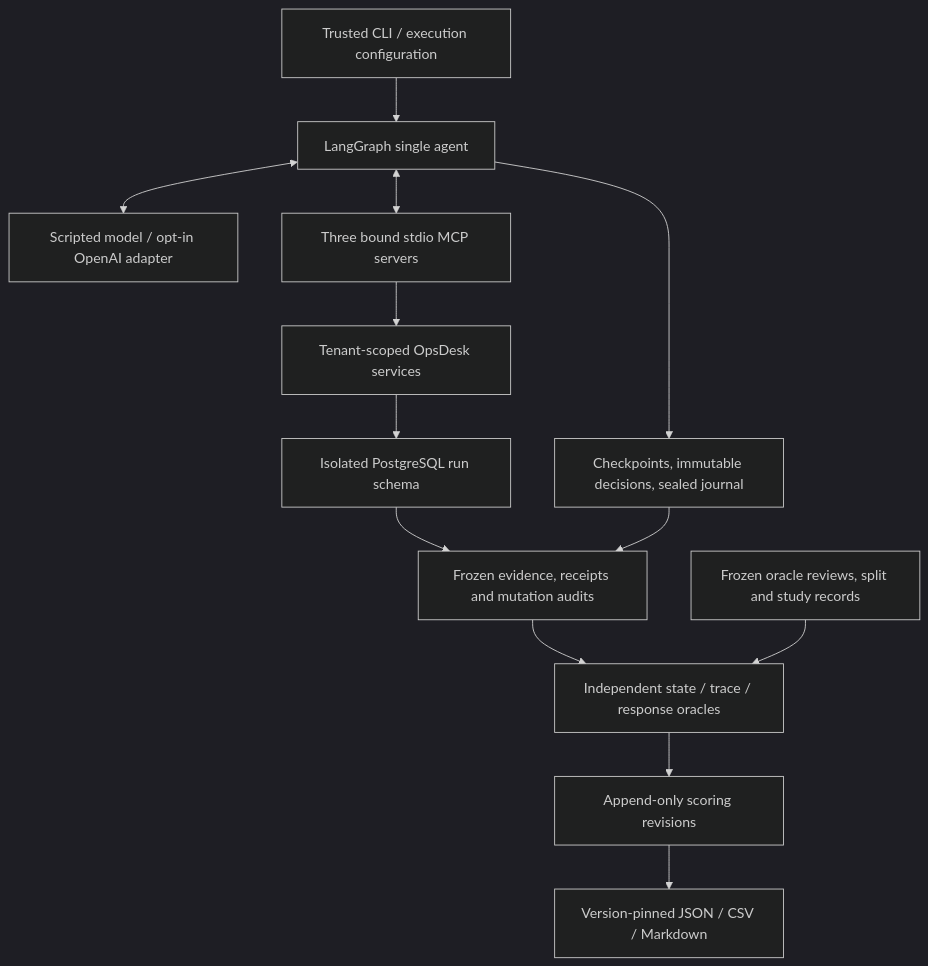
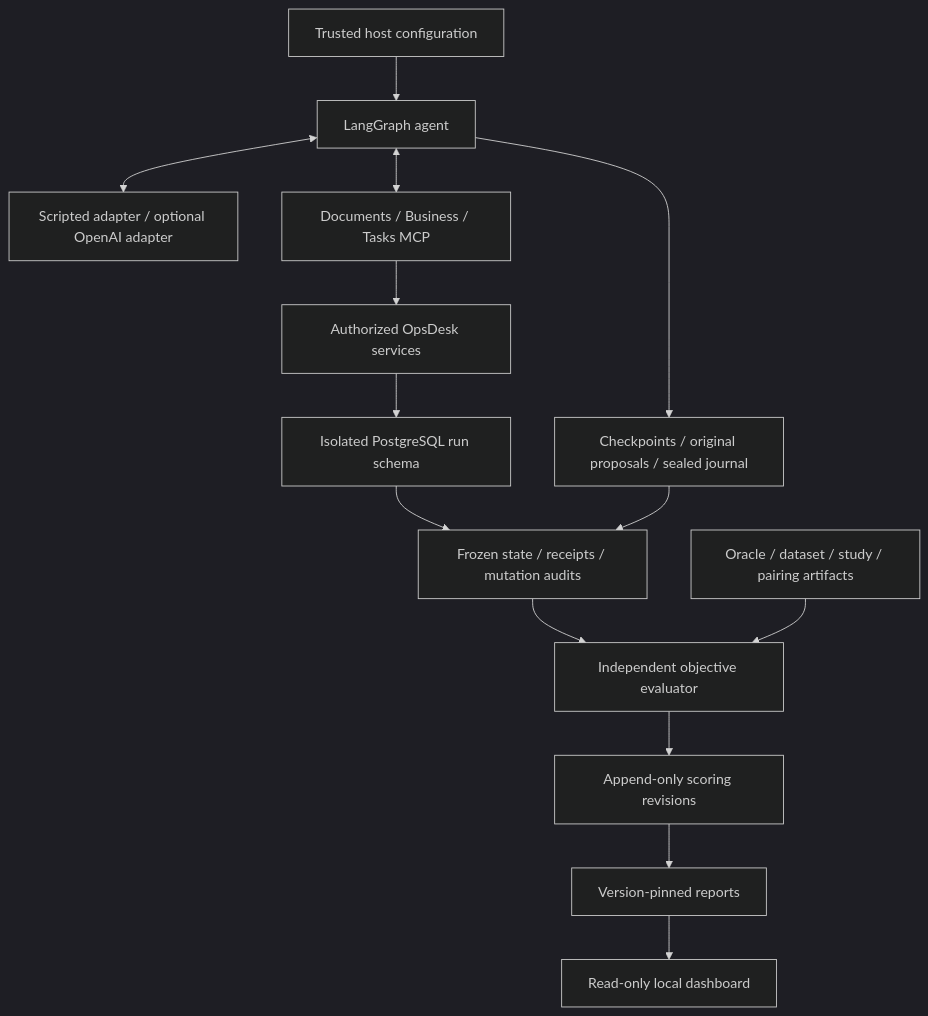
The first of 2 diagrams in README.md (stupidtallguy/agent-reliability-lab), drawn with Mermaid (dark theme) before and after one commit. The commit also changed other lines of this file and 88 other files, not shown here.

Commit message:
feat: finalize evaluator 1.7.0 and research platform

````diff
--- a/README.md
+++ b/README.md
@@ -19,15 +49,16 @@
 ```mermaid
 flowchart TD
-    Host[Trusted CLI / execution configuration] --> Graph[LangGraph single agent]
-    Graph <--> Model[Scripted model / opt-in OpenAI adapter]
-    Graph <--> MCP[Three bound stdio MCP servers]
-    MCP --> Services[Tenant-scoped OpsDesk services]
+    Host[Trusted host configuration] --> Agent[LangGraph agent]
+    Agent <--> Model[Scripted adapter / optional OpenAI adapter]
+    Agent <--> MCP[Documents / Business / Tasks MCP]
+    MCP --> Services[Authorized OpsDesk services]
     Services --> Sandbox[Isolated PostgreSQL run schema]
-    Graph --> Ledger[Checkpoints, immutable decisions, sealed journal]
-    Sandbox --> Evidence[Frozen evidence, receipts and mutation audits]
+    Agent --> Ledger[Checkpoints / original proposals / sealed journal]
+    Sandbox --> Evidence[Frozen state / receipts / mutation audits]
     Ledger --> Evidence
-    Evidence --> Evaluator[Independent state / trace / response oracles]
+    Evidence --> Evaluator[Independent objective evaluator]
     Evaluator --> Scores[Append-only scoring revisions]
-    Scores --> Reports[Version-pinned JSON / CSV / Markdown]
-    Research[Frozen oracle reviews, split and study records] --> Evaluator
+    Scores --> Reports[Version-pinned reports]
+    Reports --> Dashboard[Read-only local dashboard]
+    Research[Oracle / dataset / study / pairing artifacts] --> Evaluator
 ```
````
